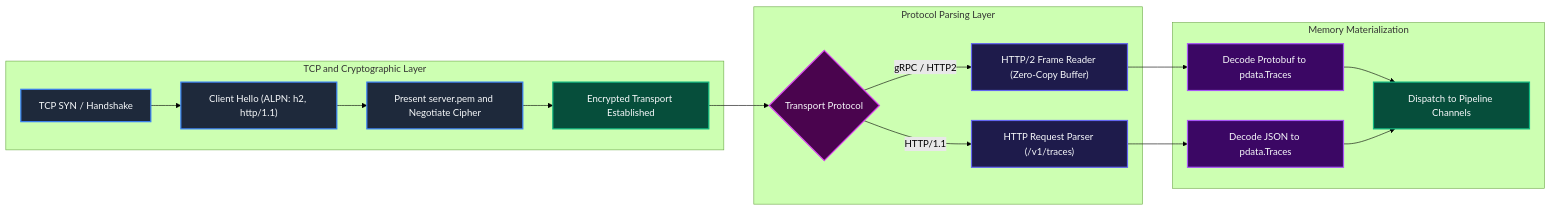
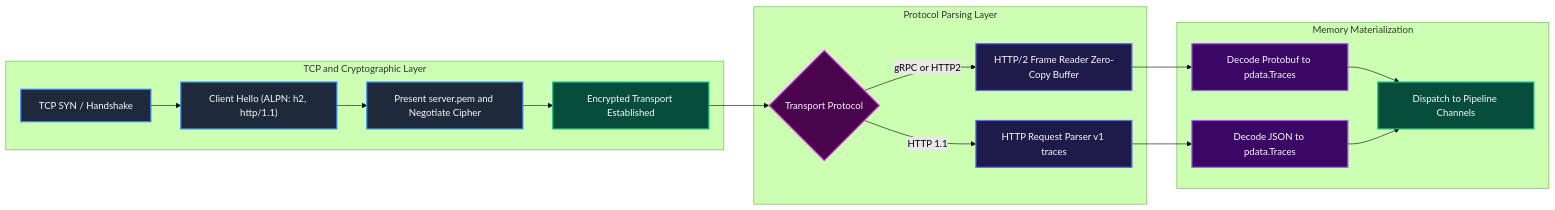
The fourth of 22 diagrams in docs/configDoc/otel-collector-configuration-guide.md (Chief-Strategist-J/llm-obs-infra), drawn with Mermaid (forest theme) before and after one commit. The commit also changed other lines of this file and 4 other files, not shown here.

First line of the commit message:
fix(docs): resolve Mermaid parse errors in edge labels across OTel guide and ADR-0009

````diff
--- a/docs/configDoc/otel-collector-configuration-guide.md
+++ b/docs/configDoc/otel-collector-configuration-guide.md
@@ -704,32 +704,32 @@
 ```mermaid
 graph LR
     subgraph SocketEstablishment ["TCP and Cryptographic Layer"]
         SYN["TCP SYN / Handshake"] --> TLSHello["Client Hello (ALPN: h2, http/1.1)"]
         TLSHello --> ServerCert["Present server.pem and Negotiate Cipher"]
         ServerCert --> EncryptedStream["Encrypted Transport Established"]
     end
 
     subgraph ProtocolDecoding ["Protocol Parsing Layer"]
         EncryptedStream --> StreamDetect{"Transport Protocol"}
-        StreamDetect -->|gRPC / HTTP2| H2Framer["HTTP/2 Frame Reader (Zero-Copy Buffer)"]
-        StreamDetect -->|HTTP/1.1| RESTParser["HTTP Request Parser (/v1/traces)"]
+        StreamDetect -->|gRPC or HTTP2| H2Framer["HTTP/2 Frame Reader Zero-Copy Buffer"]
+        StreamDetect -->|HTTP 1.1| RESTParser["HTTP Request Parser v1 traces"]
     end
 
     subgraph MemoryMapping ["Memory Materialization"]
         H2Framer --> ProtoDecode["Decode Protobuf to pdata.Traces"]
         RESTParser --> JSONDecode["Decode JSON to pdata.Traces"]
         ProtoDecode --> DispatchPipe["Dispatch to Pipeline Channels"]
         JSONDecode --> DispatchPipe
     end
 
     style SYN fill:#1e293b,stroke:#3b82f6,stroke-width:2px,color:#f8fafc
     style TLSHello fill:#1e293b,stroke:#3b82f6,stroke-width:2px,color:#f8fafc
     style ServerCert fill:#1e293b,stroke:#3b82f6,stroke-width:2px,color:#f8fafc
     style EncryptedStream fill:#064e3b,stroke:#10b981,stroke-width:2px,color:#f8fafc
     style StreamDetect fill:#4a044e,stroke:#d946ef,stroke-width:2px,color:#f8fafc
     style H2Framer fill:#1e1b4b,stroke:#6366f1,stroke-width:2px,color:#f8fafc
     style RESTParser fill:#1e1b4b,stroke:#6366f1,stroke-width:2px,color:#f8fafc
     style ProtoDecode fill:#3b0764,stroke:#a855f7,stroke-width:2px,color:#f8fafc
     style JSONDecode fill:#3b0764,stroke:#a855f7,stroke-width:2px,color:#f8fafc
     style DispatchPipe fill:#064e3b,stroke:#10b981,stroke-width:2px,color:#f8fafc
 ```
````
